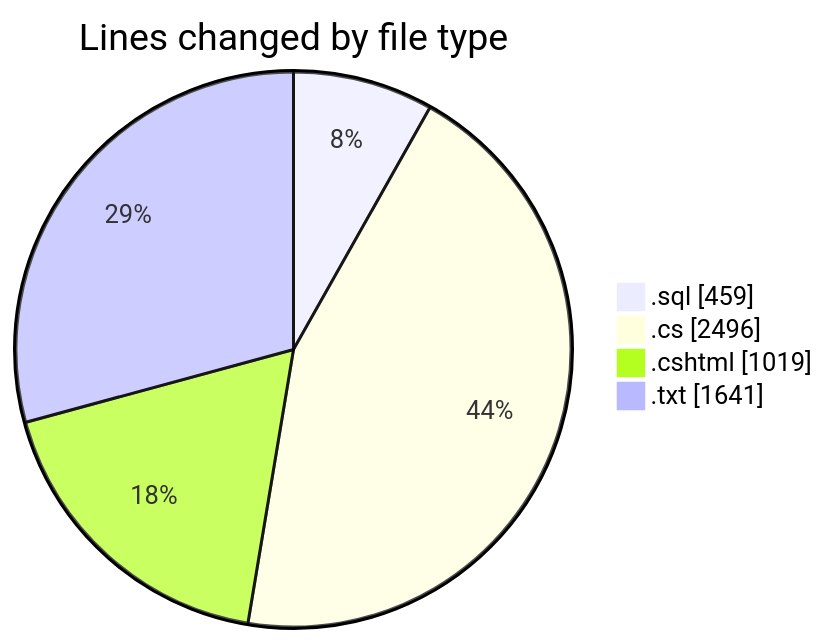
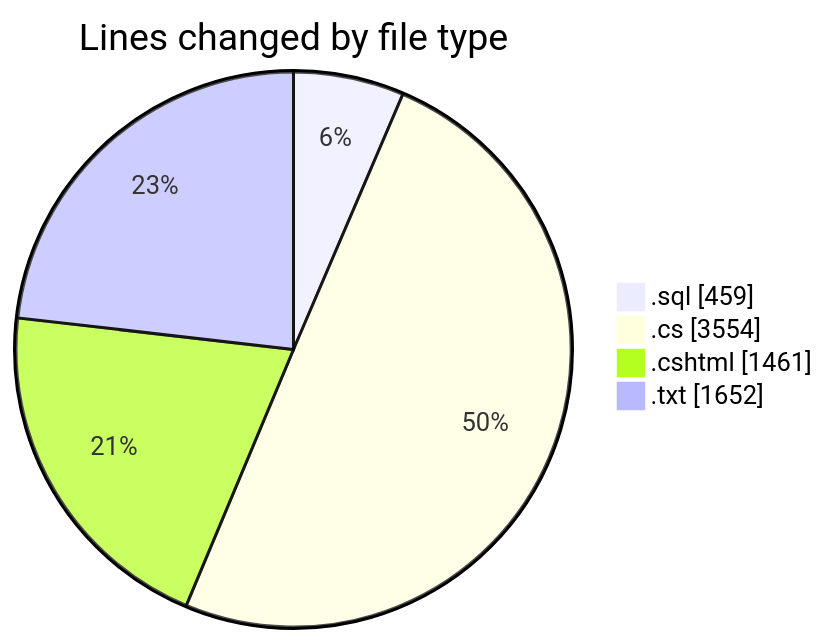
The first of 2 diagrams in 2025-07-23/quanlyrapchieuphim/README.md (lephambinh05/code-tracking), drawn with Mermaid before and after one commit. The commit also changed other lines of this file and 1 other file, not shown here.

````diff
--- a/2025-07-23/quanlyrapchieuphim/README.md
+++ b/2025-07-23/quanlyrapchieuphim/README.md
@@ -32,8 +33,8 @@
 ```mermaid
 pie showData
 title Lines changed by file type
 ".sql" : 459
-".cs" : 2496
-".cshtml" : 1019
-".txt" : 1641
+".cs" : 3554
+".cshtml" : 1461
+".txt" : 1652
 ```
````
